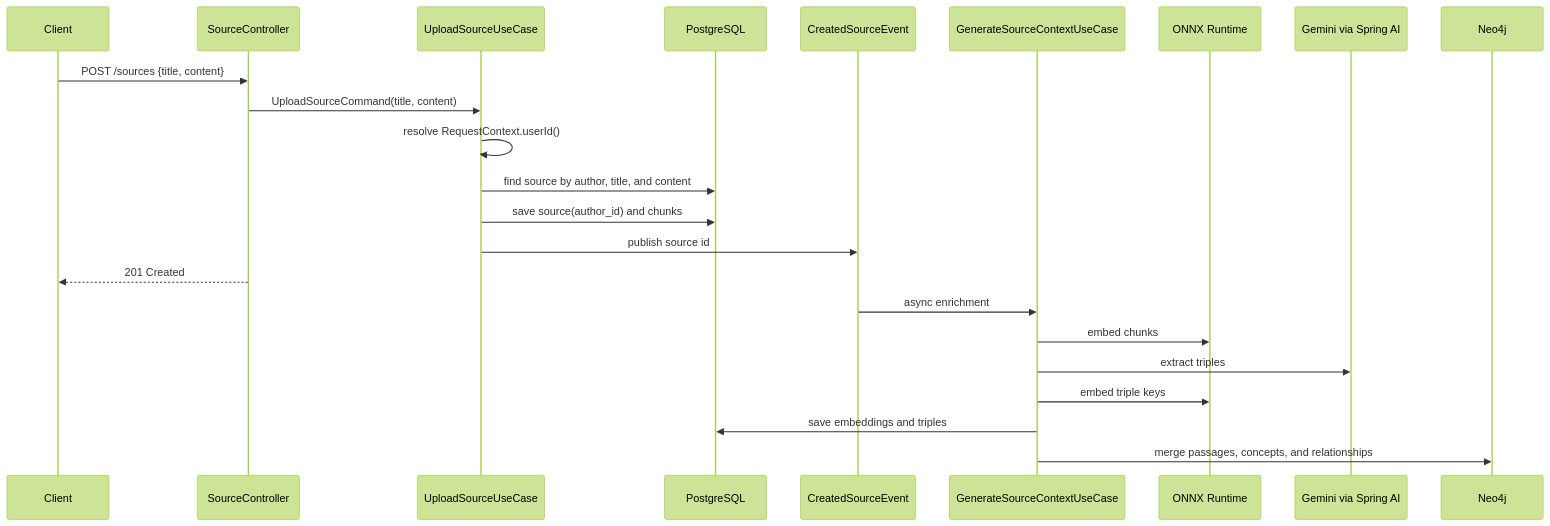
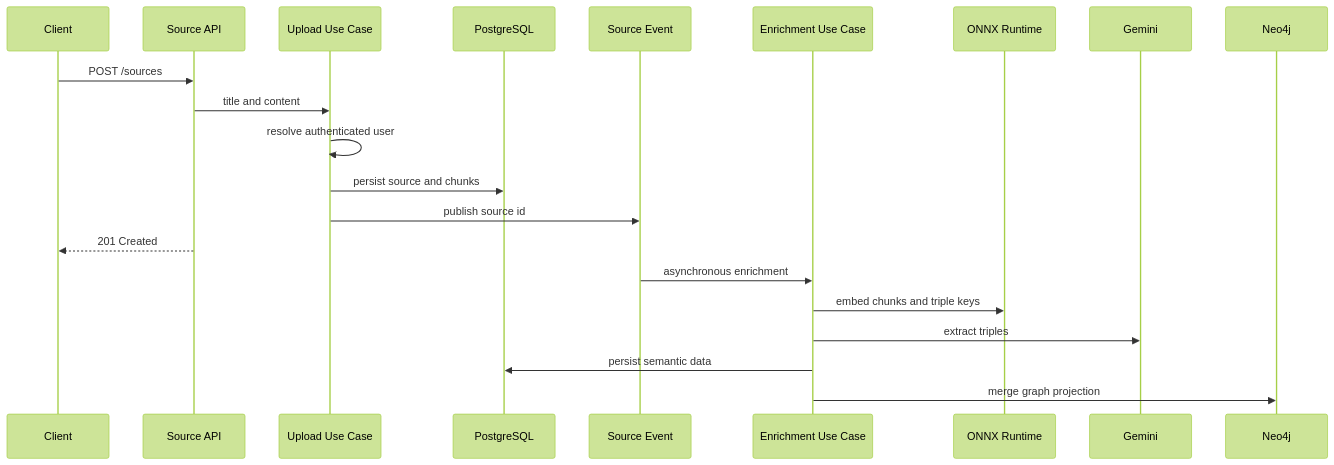
One commit to Luca5Eckert/Kairos changed the second of 3 diagrams in README.md. Above: the diagram before and after it, drawn with Mermaid (forest theme). The commit also changed other lines of this file, not shown here.

````diff
--- a/README.md
+++ b/README.md
@@ -175,26 +134,24 @@
 ```mermaid
 sequenceDiagram
     participant C as Client
-    participant API as SourceController
-    participant U as UploadSourceUseCase
+    participant API as Source API
+    participant U as Upload Use Case
     participant PG as PostgreSQL
-    participant E as CreatedSourceEvent
-    participant G as GenerateSourceContextUseCase
-    participant ORT as ONNX Runtime
-    participant LLM as Gemini via Spring AI
-    participant NEO as Neo4j
+    participant E as Source Event
+    participant G as Enrichment Use Case
+    participant O as ONNX Runtime
+    participant L as Gemini
+    participant N as Neo4j
 
-    C->>API: POST /sources {title, content}
-    API->>U: UploadSourceCommand(title, content)
-    U->>U: resolve RequestContext.userId()
-    U->>PG: find source by author, title, and content
-    U->>PG: save source(author_id) and chunks
+    C->>API: POST /sources
+    API->>U: title and content
+    U->>U: resolve authenticated user
+    U->>PG: persist source and chunks
     U->>E: publish source id
     API-->>C: 201 Created
-    E->>G: async enrichment
-    G->>ORT: embed chunks
-    G->>LLM: extract triples
-    G->>ORT: embed triple keys
-    G->>PG: save embeddings and triples
-    G->>NEO: merge passages, concepts, and relationships
+    E->>G: asynchronous enrichment
+    G->>O: embed chunks and triple keys
+    G->>L: extract triples
+    G->>PG: persist semantic data
+    G->>N: merge graph projection
 ```
````
